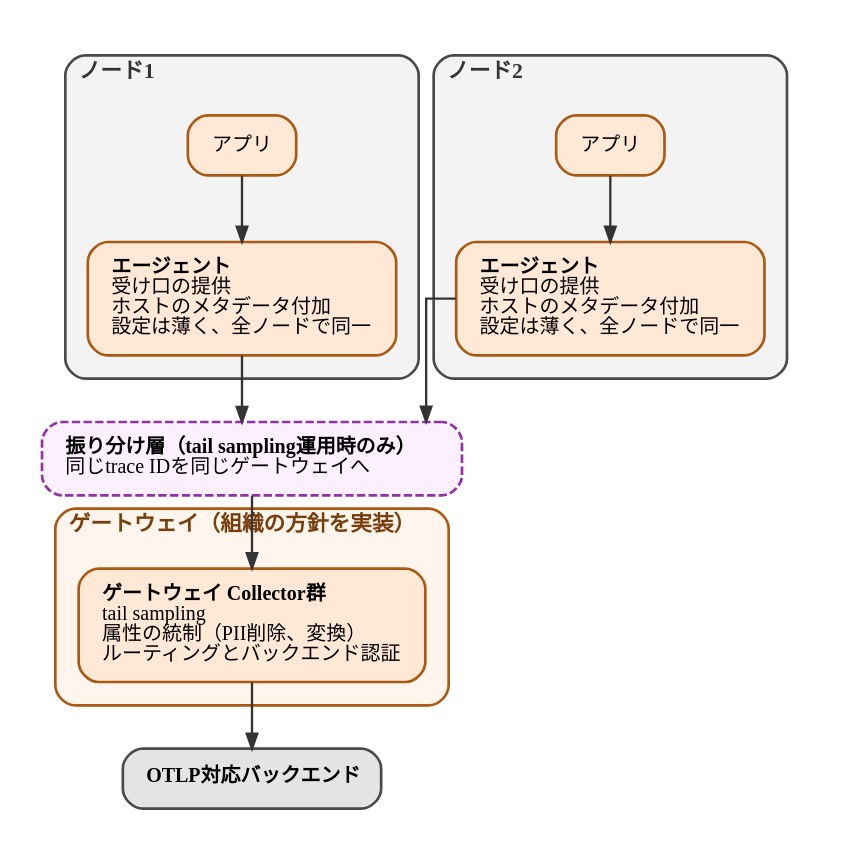
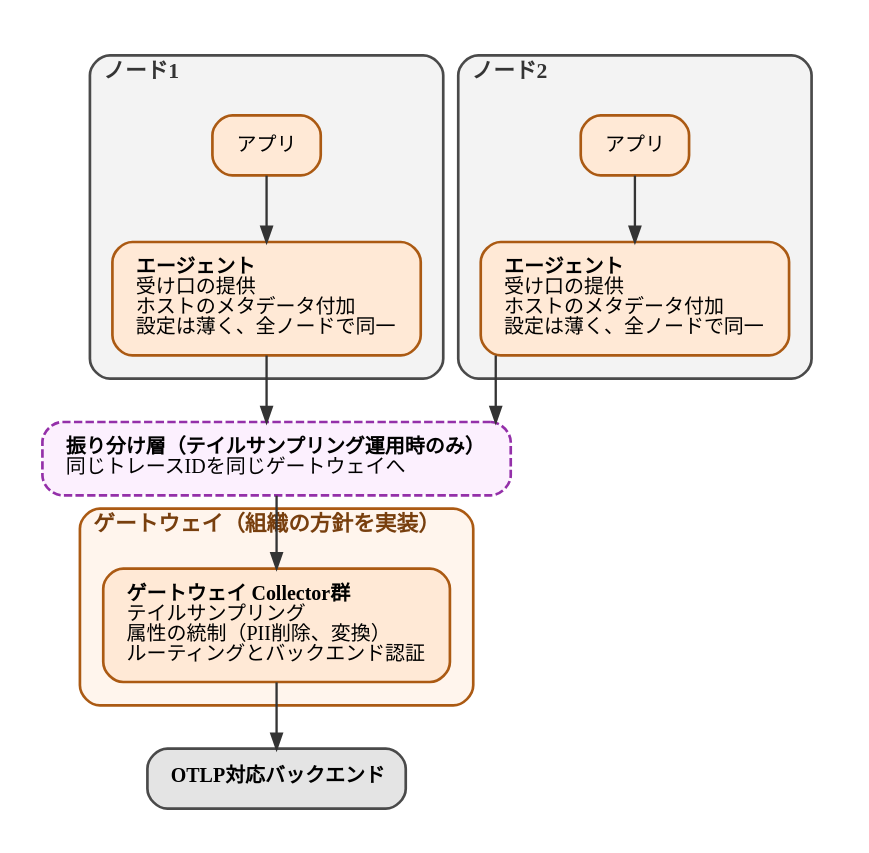
The diagram in diagrams/observability-platform-with-otel/20260926-agent-gateway.dot (ymotongpoo/zenn.dev), drawn with Graphviz before and after one commit. The commit also changed 13 other files, not shown here.

```diff
--- a/diagrams/observability-platform-with-otel/20260926-agent-gateway.dot
+++ b/diagrams/observability-platform-with-otel/20260926-agent-gateway.dot
@@ -1,56 +1,56 @@
 // agentとgatewayの2段トポロジー
 digraph agent_gateway {
   graph [
     fontname="IBM Plex Sans JP", fontsize=13,
     rankdir=TB, compound=true, splines=ortho,
     nodesep=0.5, ranksep=0.55, pad=0.25,
     bgcolor="white", newrank=true
   ];
   node [
     fontname="IBM Plex Sans JP", fontsize=12,
     shape=box, style="rounded,filled",
     fillcolor="#E4E4E4", color="#4A4A4A", penwidth=1.6,
     margin="0.2,0.14"
   ];
   edge [
     fontname="IBM Plex Sans JP", fontsize=11,
     color="#343434", penwidth=1.4, arrowsize=0.9,
     fontcolor="#171717"
   ];
 
   subgraph cluster_node1 {
     label=<<b>ノード1</b>>;
     labeljust="l"; style="rounded"; penwidth=1.6;
     color="#4A4A4A"; bgcolor="#F3F3F3"; fontcolor="#343434"; margin=14;
     app1 [label="アプリ", fillcolor="#FFE9D6", color="#AB5A13"];
     agent1 [label=<<b>エージェント</b><br align="left"/>受け口の提供<br align="left"/>ホストのメタデータ付加<br align="left"/>設定は薄く、全ノードで同一<br align="left"/>>, fillcolor="#FFE9D6", color="#AB5A13"];
     app1 -> agent1;
   }
 
   // agentの役割は全ノードで同一。図の2箱は同じものを表す
 
   subgraph cluster_node2 {
     label=<<b>ノード2</b>>;
     labeljust="l"; style="rounded"; penwidth=1.6;
     color="#4A4A4A"; bgcolor="#F3F3F3"; fontcolor="#343434"; margin=14;
     app2 [label="アプリ", fillcolor="#FFE9D6", color="#AB5A13"];
     agent2 [label=<<b>エージェント</b><br align="left"/>受け口の提供<br align="left"/>ホストのメタデータ付加<br align="left"/>設定は薄く、全ノードで同一<br align="left"/>>, fillcolor="#FFE9D6", color="#AB5A13"];
     app2 -> agent2;
   }
 
-  lb [label=<<b>振り分け層（tail sampling運用時のみ）</b><br align="left"/>同じtrace IDを同じゲートウェイへ<br align="left"/>>, fillcolor="#FCF0FE", color="#9430A9", style="rounded,filled,dashed"];
+  lb [label=<<b>振り分け層（テイルサンプリング運用時のみ）</b><br align="left"/>同じトレースIDを同じゲートウェイへ<br align="left"/>>, fillcolor="#FCF0FE", color="#9430A9", style="rounded,filled,dashed"];
 
   subgraph cluster_gateway {
     label=<<b>ゲートウェイ（組織の方針を実装）</b>>;
     labeljust="l"; style="rounded"; penwidth=1.6;
     color="#AB5A13"; bgcolor="#FFF5ED"; fontcolor="#783F0E"; margin=14;
-    gw [label=<<b>ゲートウェイ Collector群</b><br align="left"/>tail sampling<br align="left"/>属性の統制（PII削除、変換）<br align="left"/>ルーティングとバックエンド認証<br align="left"/>>, fillcolor="#FFE9D6", color="#AB5A13"];
+    gw [label=<<b>ゲートウェイ Collector群</b><br align="left"/>テイルサンプリング<br align="left"/>属性の統制（PII削除、変換）<br align="left"/>ルーティングとバックエンド認証<br align="left"/>>, fillcolor="#FFE9D6", color="#AB5A13"];
   }
 
   backend [label=<<b>OTLP対応バックエンド</b>>];
 
   agent1 -> lb;
   agent2 -> lb;
   lb -> gw;
   gw -> backend;
 }
```
